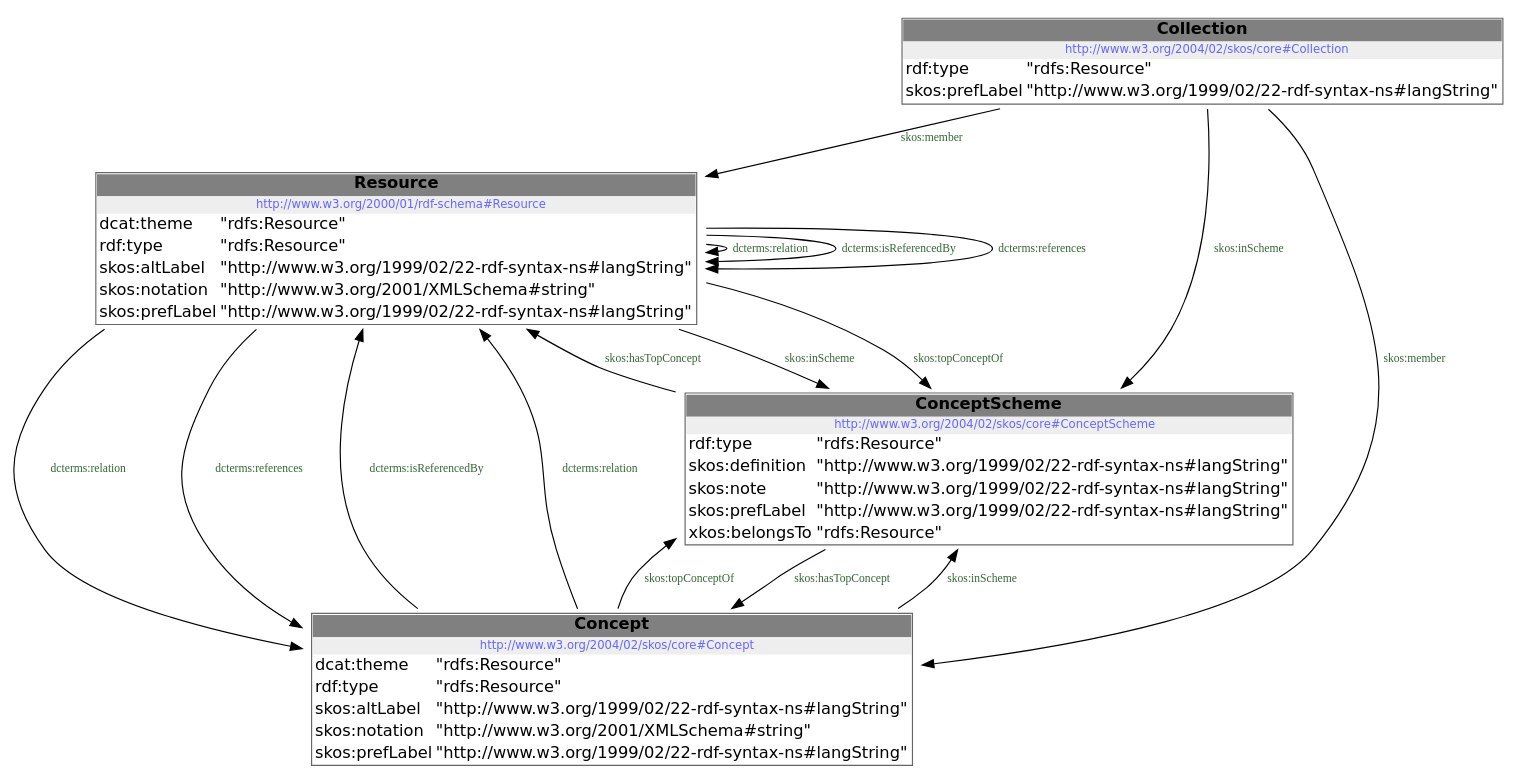
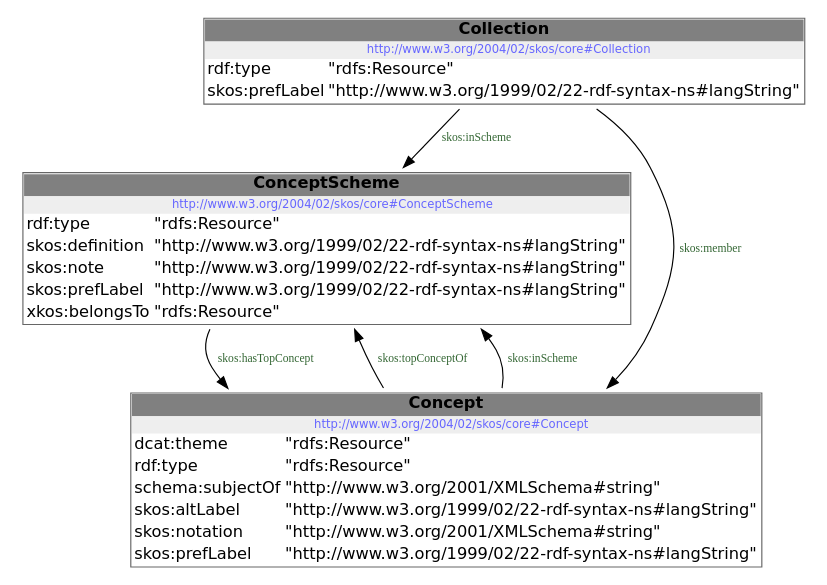
The diagram in src/documentation/model.dot (milieuinfo/codelijst-bioindicator), drawn with Graphviz before and after one commit. The commit also changed 13 other files, not shown here.

```diff
--- a/src/documentation/model.dot
+++ b/src/documentation/model.dot
@@ -1,27 +1,14 @@
 digraph { 
  node [ fontname="DejaVu Sans" ] ; 
+	node0 -> node1 [ color=BLACK, label=< <font point-size='10' color='#336633'>skos:hasTopConcept</font> > ] ;
+	node1 -> node0 [ color=BLACK, label=< <font point-size='10' color='#336633'>skos:topConceptOf</font> > ] ;
+	node2 -> node1 [ color=BLACK, label=< <font point-size='10' color='#336633'>skos:member</font> > ] ;
 	node1 -> node0 [ color=BLACK, label=< <font point-size='10' color='#336633'>skos:inScheme</font> > ] ;
-	node2 -> node1 [ color=BLACK, label=< <font point-size='10' color='#336633'>skos:member</font> > ] ;
-	node1 -> node1 [ color=BLACK, label=< <font point-size='10' color='#336633'>dcterms:relation</font> > ] ;
-	node1 -> node1 [ color=BLACK, label=< <font point-size='10' color='#336633'>dcterms:isReferencedBy</font> > ] ;
-	node2 -> node3 [ color=BLACK, label=< <font point-size='10' color='#336633'>skos:member</font> > ] ;
-	node1 -> node3 [ color=BLACK, label=< <font point-size='10' color='#336633'>dcterms:relation</font> > ] ;
-	node1 -> node1 [ color=BLACK, label=< <font point-size='10' color='#336633'>dcterms:references</font> > ] ;
-	node1 -> node0 [ color=BLACK, label=< <font point-size='10' color='#336633'>skos:topConceptOf</font> > ] ;
-	node3 -> node0 [ color=BLACK, label=< <font point-size='10' color='#336633'>skos:inScheme</font> > ] ;
-	node3 -> node1 [ color=BLACK, label=< <font point-size='10' color='#336633'>dcterms:isReferencedBy</font> > ] ;
-	node1 -> node3 [ color=BLACK, label=< <font point-size='10' color='#336633'>dcterms:references</font> > ] ;
-	node0 -> node1 [ color=BLACK, label=< <font point-size='10' color='#336633'>skos:hasTopConcept</font> > ] ;
-	node3 -> node1 [ color=BLACK, label=< <font point-size='10' color='#336633'>dcterms:relation</font> > ] ;
-	node3 -> node0 [ color=BLACK, label=< <font point-size='10' color='#336633'>skos:topConceptOf</font> > ] ;
-	node0 -> node3 [ color=BLACK, label=< <font point-size='10' color='#336633'>skos:hasTopConcept</font> > ] ;
 	node2 -> node0 [ color=BLACK, label=< <font point-size='10' color='#336633'>skos:inScheme</font> > ] ;
 # http://www.w3.org/2004/02/skos/core#ConceptScheme node0
 node0 [ shape=none, color=black label=< <table color='#666666' cellborder='0' cellspacing='0' border='1'><tr><td colspan='2' bgcolor='grey'><B>ConceptScheme</B></td></tr><tr><td href='http://www.w3.org/2004/02/skos/core#ConceptScheme' bgcolor='#eeeeee' colspan='2'><font point-size='10' color='#6666ff'>http://www.w3.org/2004/02/skos/core#ConceptScheme</font></td></tr><tr><td align='left'>rdf:type</td><td align='left'>&quot;rdfs:Resource&quot;</td></tr><tr><td align='left'>skos:definition</td><td align='left'>&quot;http://www.w3.org/1999/02/22-rdf-syntax-ns#langString&quot;</td></tr><tr><td align='left'>skos:note</td><td align='left'>&quot;http://www.w3.org/1999/02/22-rdf-syntax-ns#langString&quot;</td></tr><tr><td align='left'>skos:prefLabel</td><td align='left'>&quot;http://www.w3.org/1999/02/22-rdf-syntax-ns#langString&quot;</td></tr><tr><td align='left'>xkos:belongsTo</td><td align='left'>&quot;rdfs:Resource&quot;</td></tr></table> > ] 
-# http://www.w3.org/2000/01/rdf-schema#Resource node1
-node1 [ shape=none, color=black label=< <table color='#666666' cellborder='0' cellspacing='0' border='1'><tr><td colspan='2' bgcolor='grey'><B>Resource</B></td></tr><tr><td href='http://www.w3.org/2000/01/rdf-schema#Resource' bgcolor='#eeeeee' colspan='2'><font point-size='10' color='#6666ff'>http://www.w3.org/2000/01/rdf-schema#Resource</font></td></tr><tr><td align='left'>dcat:theme</td><td align='left'>&quot;rdfs:Resource&quot;</td></tr><tr><td align='left'>rdf:type</td><td align='left'>&quot;rdfs:Resource&quot;</td></tr><tr><td align='left'>skos:altLabel</td><td align='left'>&quot;http://www.w3.org/1999/02/22-rdf-syntax-ns#langString&quot;</td></tr><tr><td align='left'>skos:notation</td><td align='left'>&quot;http://www.w3.org/2001/XMLSchema#string&quot;</td></tr><tr><td align='left'>skos:prefLabel</td><td align='left'>&quot;http://www.w3.org/1999/02/22-rdf-syntax-ns#langString&quot;</td></tr></table> > ] 
+# http://www.w3.org/2004/02/skos/core#Concept node1
+node1 [ shape=none, color=black label=< <table color='#666666' cellborder='0' cellspacing='0' border='1'><tr><td colspan='2' bgcolor='grey'><B>Concept</B></td></tr><tr><td href='http://www.w3.org/2004/02/skos/core#Concept' bgcolor='#eeeeee' colspan='2'><font point-size='10' color='#6666ff'>http://www.w3.org/2004/02/skos/core#Concept</font></td></tr><tr><td align='left'>dcat:theme</td><td align='left'>&quot;rdfs:Resource&quot;</td></tr><tr><td align='left'>rdf:type</td><td align='left'>&quot;rdfs:Resource&quot;</td></tr><tr><td align='left'>schema:subjectOf</td><td align='left'>&quot;http://www.w3.org/2001/XMLSchema#string&quot;</td></tr><tr><td align='left'>skos:altLabel</td><td align='left'>&quot;http://www.w3.org/1999/02/22-rdf-syntax-ns#langString&quot;</td></tr><tr><td align='left'>skos:notation</td><td align='left'>&quot;http://www.w3.org/2001/XMLSchema#string&quot;</td></tr><tr><td align='left'>skos:prefLabel</td><td align='left'>&quot;http://www.w3.org/1999/02/22-rdf-syntax-ns#langString&quot;</td></tr></table> > ] 
 # http://www.w3.org/2004/02/skos/core#Collection node2
 node2 [ shape=none, color=black label=< <table color='#666666' cellborder='0' cellspacing='0' border='1'><tr><td colspan='2' bgcolor='grey'><B>Collection</B></td></tr><tr><td href='http://www.w3.org/2004/02/skos/core#Collection' bgcolor='#eeeeee' colspan='2'><font point-size='10' color='#6666ff'>http://www.w3.org/2004/02/skos/core#Collection</font></td></tr><tr><td align='left'>rdf:type</td><td align='left'>&quot;rdfs:Resource&quot;</td></tr><tr><td align='left'>skos:prefLabel</td><td align='left'>&quot;http://www.w3.org/1999/02/22-rdf-syntax-ns#langString&quot;</td></tr></table> > ] 
-# http://www.w3.org/2004/02/skos/core#Concept node3
-node3 [ shape=none, color=black label=< <table color='#666666' cellborder='0' cellspacing='0' border='1'><tr><td colspan='2' bgcolor='grey'><B>Concept</B></td></tr><tr><td href='http://www.w3.org/2004/02/skos/core#Concept' bgcolor='#eeeeee' colspan='2'><font point-size='10' color='#6666ff'>http://www.w3.org/2004/02/skos/core#Concept</font></td></tr><tr><td align='left'>dcat:theme</td><td align='left'>&quot;rdfs:Resource&quot;</td></tr><tr><td align='left'>rdf:type</td><td align='left'>&quot;rdfs:Resource&quot;</td></tr><tr><td align='left'>skos:altLabel</td><td align='left'>&quot;http://www.w3.org/1999/02/22-rdf-syntax-ns#langString&quot;</td></tr><tr><td align='left'>skos:notation</td><td align='left'>&quot;http://www.w3.org/2001/XMLSchema#string&quot;</td></tr><tr><td align='left'>skos:prefLabel</td><td align='left'>&quot;http://www.w3.org/1999/02/22-rdf-syntax-ns#langString&quot;</td></tr></table> > ] 
 }
```
